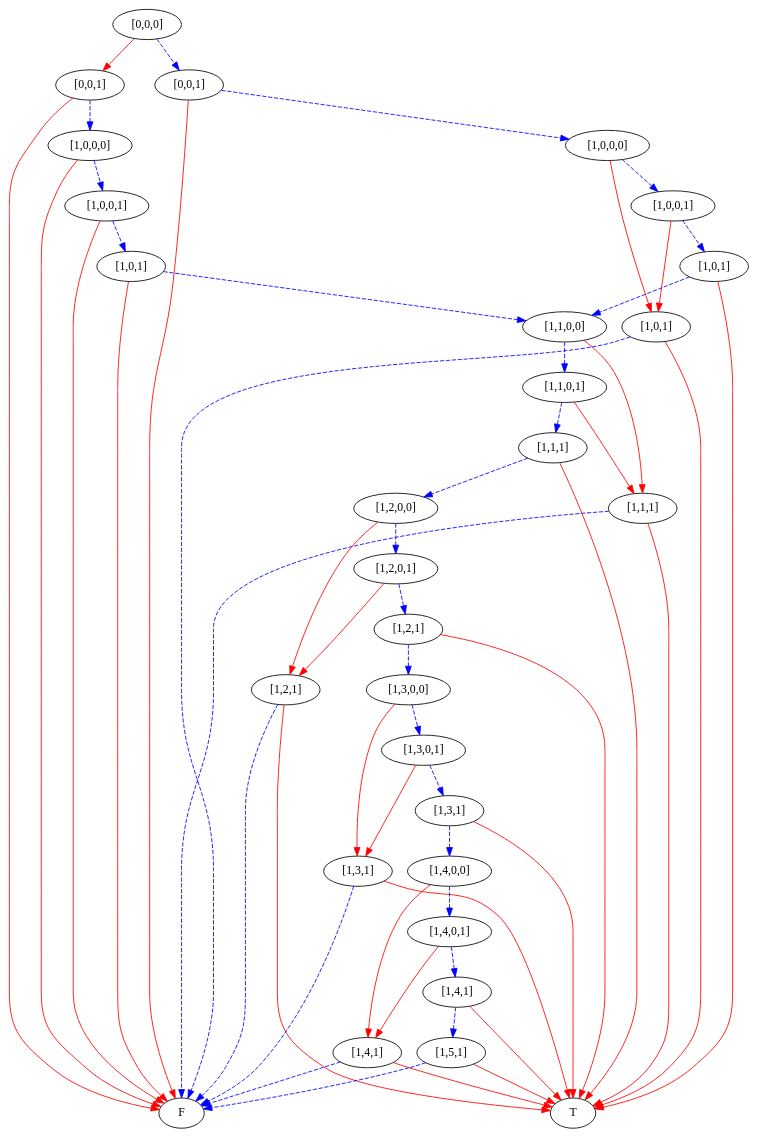
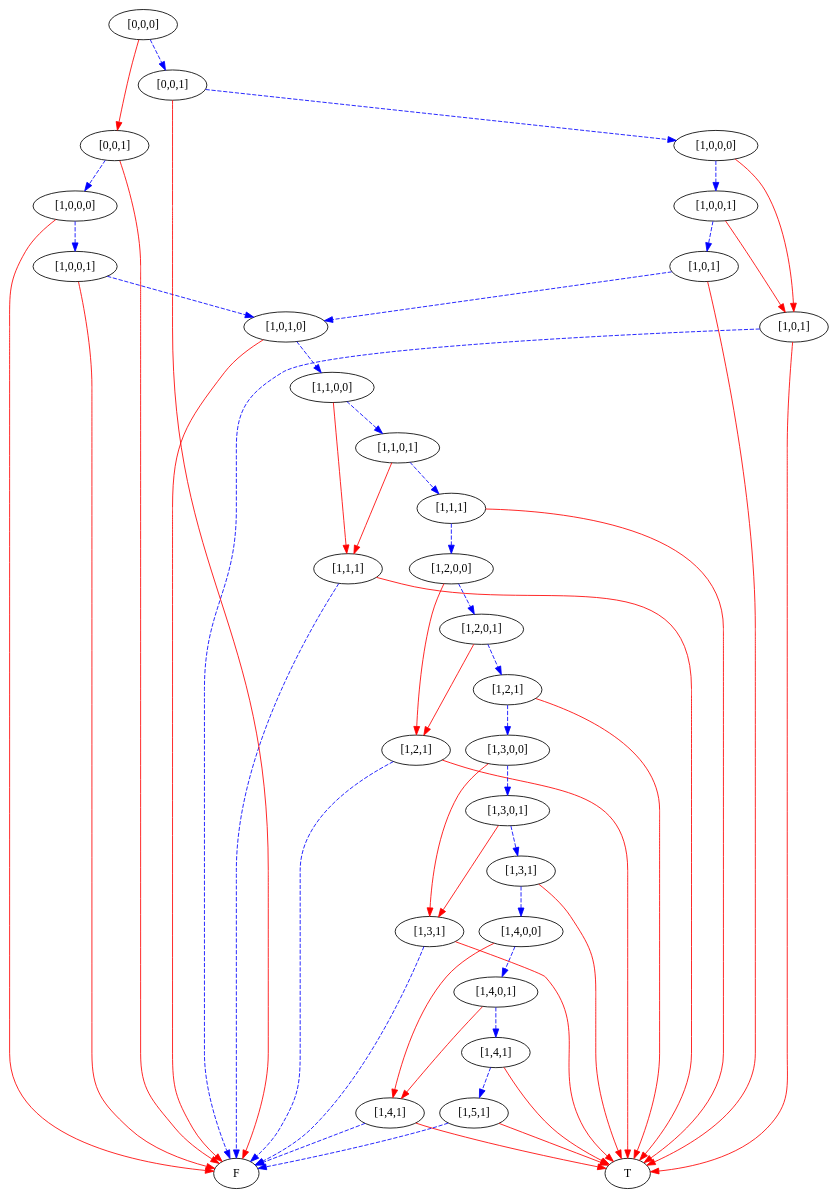
Before and after one commit to mburyakov/minxmod: the diagram in simpleProgram5bstates/10.dot, drawn with Graphviz. The commit also changed 21 other files, not shown here.

```diff
--- a/simpleProgram5bstates/10.dot
+++ b/simpleProgram5bstates/10.dot
@@ -1,112 +1,112 @@
 digraph {
     1 [label=F];
     2 [label=T];
     3 [label="[1,1,1]"];
     4 [label="[1,2,1]"];
     5 [label="[1,3,1]"];
     6 [label="[1,4,1]"];
     7 [label="[1,5,1]"];
     8 [label="[1,4,1]"];
     9 [label="[1,4,0,1]"];
     10 [label="[1,4,0,0]"];
     11 [label="[1,3,1]"];
     12 [label="[1,3,0,1]"];
     13 [label="[1,3,0,0]"];
     14 [label="[1,2,1]"];
     15 [label="[1,2,0,1]"];
     16 [label="[1,2,0,0]"];
     17 [label="[1,1,1]"];
     18 [label="[1,1,0,1]"];
     19 [label="[1,1,0,0]"];
-    20 [label="[1,0,1]"];
+    20 [label="[1,0,1,0]"];
     21 [label="[1,0,0,1]"];
     22 [label="[1,0,0,0]"];
     23 [label="[0,0,1]"];
     24 [label="[1,0,1]"];
     25 [label="[1,0,1]"];
     26 [label="[1,0,0,1]"];
     27 [label="[1,0,0,0]"];
     28 [label="[0,0,1]"];
     29 [label="[0,0,0]"];
     3 -> 1 [style=dashed
            ,color=blue];
     3 -> 2 [color=red];
     4 -> 1 [style=dashed
            ,color=blue];
     4 -> 2 [color=red];
     5 -> 1 [style=dashed
            ,color=blue];
     5 -> 2 [color=red];
     6 -> 1 [style=dashed
            ,color=blue];
     6 -> 2 [color=red];
     7 -> 1 [style=dashed
            ,color=blue];
     7 -> 2 [color=red];
     8 -> 7 [style=dashed
            ,color=blue];
     8 -> 2 [color=red];
     9 -> 6 [color=red];
     9 -> 8 [style=dashed
            ,color=blue];
     10 -> 6 [color=red];
     10 -> 9 [style=dashed
             ,color=blue];
     11 -> 10 [style=dashed
              ,color=blue];
     11 -> 2 [color=red];
     12 -> 5 [color=red];
     12 -> 11 [style=dashed
              ,color=blue];
     13 -> 5 [color=red];
     13 -> 12 [style=dashed
              ,color=blue];
     14 -> 13 [style=dashed
              ,color=blue];
     14 -> 2 [color=red];
     15 -> 4 [color=red];
     15 -> 14 [style=dashed
              ,color=blue];
     16 -> 4 [color=red];
     16 -> 15 [style=dashed
              ,color=blue];
     17 -> 16 [style=dashed
              ,color=blue];
     17 -> 2 [color=red];
     18 -> 3 [color=red];
     18 -> 17 [style=dashed
              ,color=blue];
     19 -> 3 [color=red];
     19 -> 18 [style=dashed
              ,color=blue];
     20 -> 19 [style=dashed
              ,color=blue];
     20 -> 1 [color=red];
     21 -> 20 [style=dashed
              ,color=blue];
     21 -> 1 [color=red];
     22 -> 21 [style=dashed
              ,color=blue];
     22 -> 1 [color=red];
     23 -> 22 [style=dashed
              ,color=blue];
     23 -> 1 [color=red];
     24 -> 1 [style=dashed
             ,color=blue];
     24 -> 2 [color=red];
-    25 -> 19 [style=dashed
+    25 -> 20 [style=dashed
              ,color=blue];
     25 -> 2 [color=red];
     26 -> 24 [color=red];
     26 -> 25 [style=dashed
              ,color=blue];
     27 -> 24 [color=red];
     27 -> 26 [style=dashed
              ,color=blue];
     28 -> 27 [style=dashed
              ,color=blue];
     28 -> 1 [color=red];
     29 -> 23 [color=red];
     29 -> 28 [style=dashed
              ,color=blue];
 }
```
